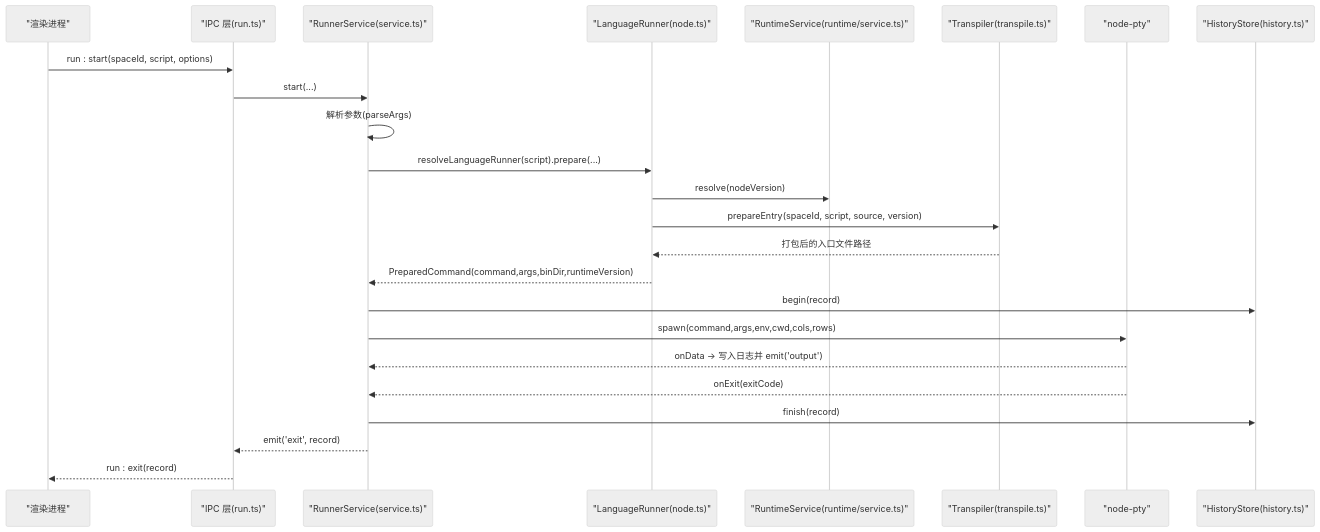
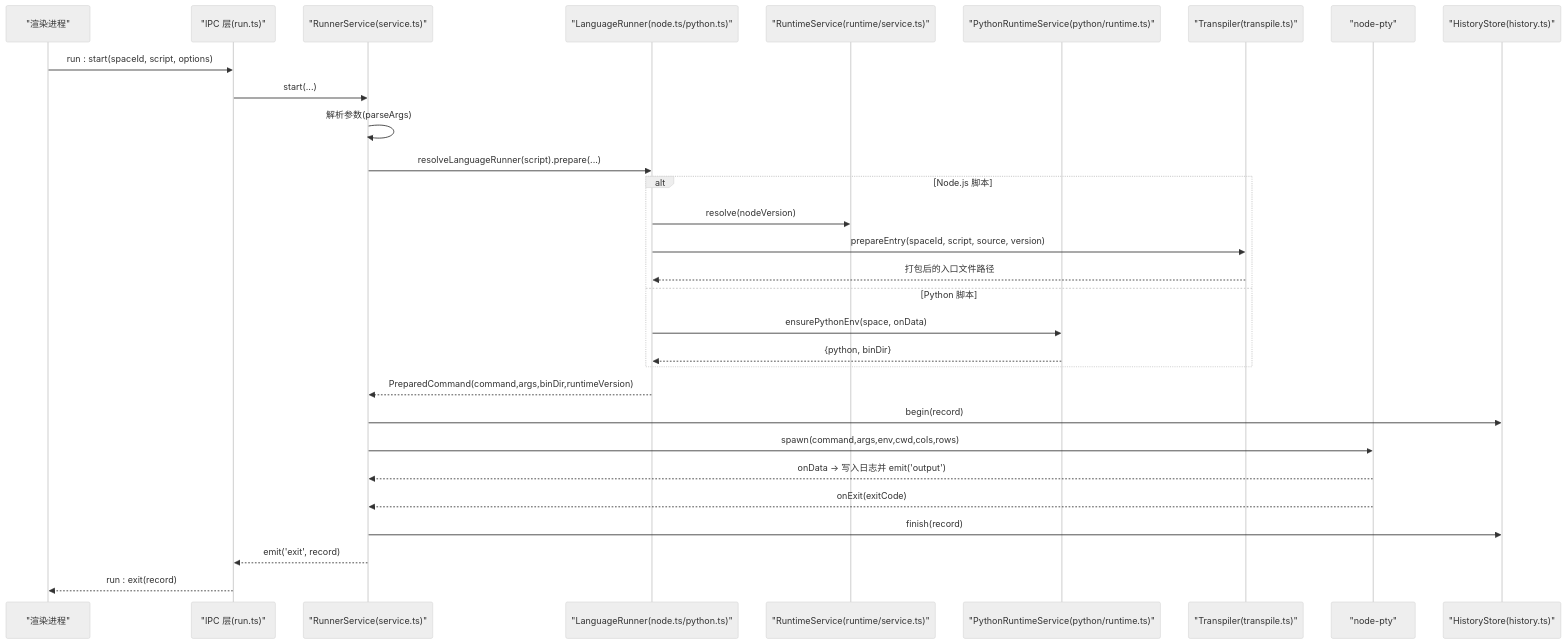
One commit to hozeeee/script-box changed the second of 6 diagrams in .qoder/repowiki/zh/content/架构设计/服务层架构/Runner 服务（脚本运行器）/Runner 服务（脚本运行器）.md. Above: the diagram before and after it, drawn with Mermaid (neutral theme). The commit also changed other lines of this file and 6 other files, not shown here.

First line of the commit message:
feat(runtime): 支持多运行时管理，新增 Python 运行时支持

````diff
--- a/.qoder/repowiki/zh/content/架构设计/服务层架构/Runner 服务（脚本运行器）/Runner 服务（脚本运行器）.md
+++ b/.qoder/repowiki/zh/content/架构设计/服务层架构/Runner 服务（脚本运行器）/Runner 服务（脚本运行器）.md
@@ -111,26 +131,32 @@
 ```mermaid
 sequenceDiagram
 participant UI as "渲染进程"
 participant IPC as "IPC 层(run.ts)"
 participant RS as "RunnerService(service.ts)"
-participant LR as "LanguageRunner(node.ts)"
+participant LR as "LanguageRunner(node.ts/python.ts)"
 participant RT as "RuntimeService(runtime/service.ts)"
+participant PRS as "PythonRuntimeService(python/runtime.ts)"
 participant TR as "Transpiler(transpile.ts)"
 participant PTY as "node-pty"
 participant HS as "HistoryStore(history.ts)"
 UI->>IPC : run : start(spaceId, script, options)
 IPC->>RS : start(...)
 RS->>RS : 解析参数(parseArgs)
 RS->>LR : resolveLanguageRunner(script).prepare(...)
+alt Node.js 脚本
 LR->>RT : resolve(nodeVersion)
 LR->>TR : prepareEntry(spaceId, script, source, version)
 TR-->>LR : 打包后的入口文件路径
+else Python 脚本
+LR->>PRS : ensurePythonEnv(space, onData)
+PRS-->>LR : {python, binDir}
+end
 LR-->>RS : PreparedCommand(command,args,binDir,runtimeVersion)
 RS->>HS : begin(record)
 RS->>PTY : spawn(command,args,env,cwd,cols,rows)
 PTY-->>RS : onData -> 写入日志并 emit('output')
 PTY-->>RS : onExit(exitCode)
 RS->>HS : finish(record)
 RS-->>IPC : emit('exit', record)
 IPC-->>UI : run : exit(record)
 ```
````
